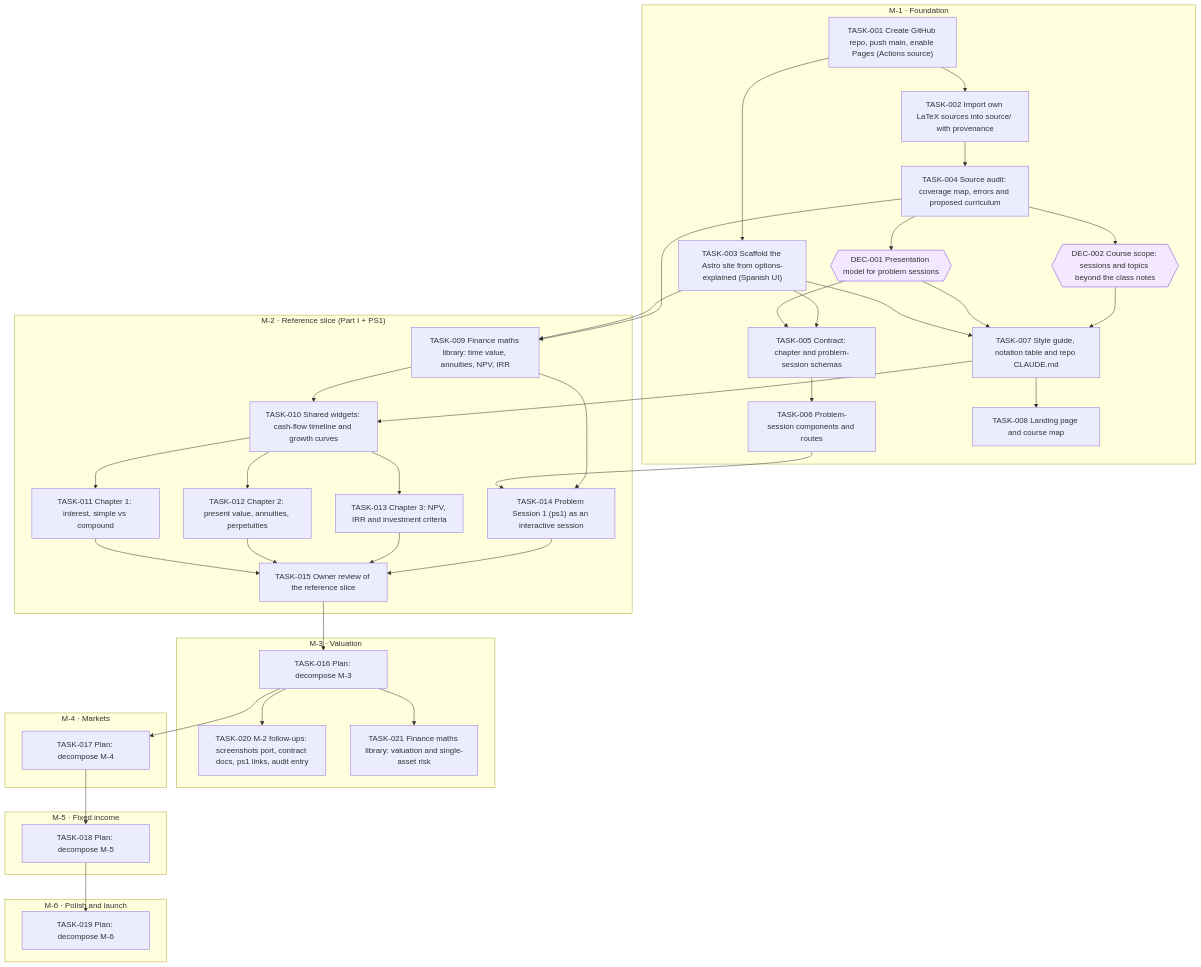
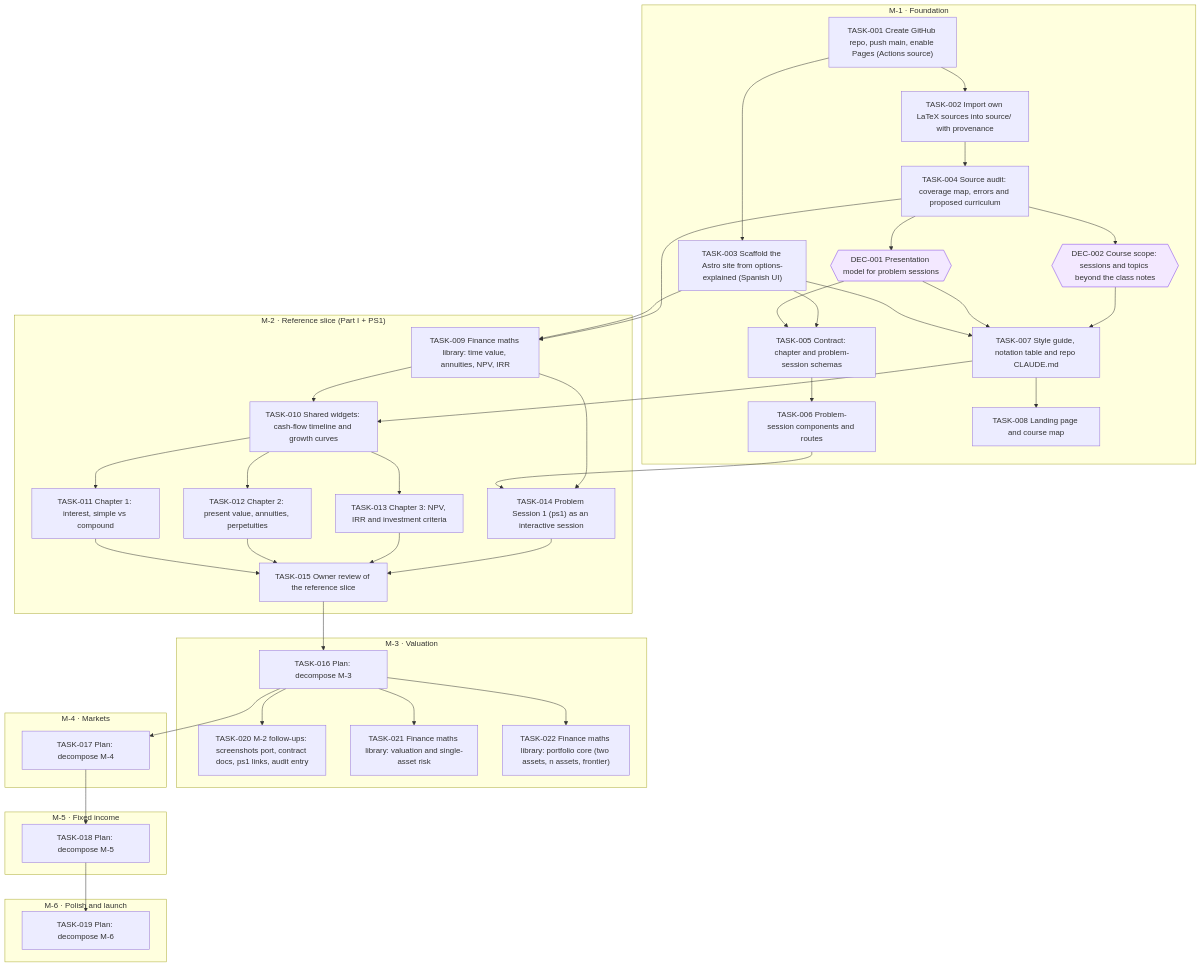
Before and after one commit to jesusvillota/economia-financiera: the diagram in goals/course-site/README.md, drawn with Mermaid. The commit also changed 1 other file, not shown here.

Commit message:
goal(course-site): add TASK-022 Finance maths library: portfolio core (two assets, n assets, frontier)

````diff
--- a/goals/course-site/README.md
+++ b/goals/course-site/README.md
@@ -35,74 +35,76 @@
 ```mermaid
 flowchart TD
   subgraph M_1["M-1 · Foundation"]
     DEC_001{{"DEC-001 Presentation model for problem sessions"}}
     DEC_002{{"DEC-002 Course scope: sessions and topics beyond the class notes"}}
     TASK_001["TASK-001 Create GitHub repo, push main, enable Pages (Actions source)"]
     TASK_002["TASK-002 Import own LaTeX sources into source/ with provenance"]
     TASK_003["TASK-003 Scaffold the Astro site from options-explained (Spanish UI)"]
     TASK_004["TASK-004 Source audit: coverage map, errors and proposed curriculum"]
     TASK_005["TASK-005 Contract: chapter and problem-session schemas"]
     TASK_006["TASK-006 Problem-session components and routes"]
     TASK_007["TASK-007 Style guide, notation table and repo CLAUDE.md"]
     TASK_008["TASK-008 Landing page and course map"]
   end
   subgraph M_2["M-2 · Reference slice (Part I + PS1)"]
     TASK_009["TASK-009 Finance maths library: time value, annuities, NPV, IRR"]
     TASK_010["TASK-010 Shared widgets: cash-flow timeline and growth curves"]
     TASK_011["TASK-011 Chapter 1: interest, simple vs compound"]
     TASK_012["TASK-012 Chapter 2: present value, annuities, perpetuities"]
     TASK_013["TASK-013 Chapter 3: NPV, IRR and investment criteria"]
     TASK_014["TASK-014 Problem Session 1 (ps1) as an interactive session"]
     TASK_015["TASK-015 Owner review of the reference slice"]
   end
   subgraph M_3["M-3 · Valuation"]
     TASK_016["TASK-016 Plan: decompose M-3"]
     TASK_020["TASK-020 M-2 follow-ups: screenshots port, contract docs, ps1 links, audit entry"]
     TASK_021["TASK-021 Finance maths library: valuation and single-asset risk"]
+    TASK_022["TASK-022 Finance maths library: portfolio core (two assets, n assets, frontier)"]
   end
   subgraph M_4["M-4 · Markets"]
     TASK_017["TASK-017 Plan: decompose M-4"]
   end
   subgraph M_5["M-5 · Fixed income"]
     TASK_018["TASK-018 Plan: decompose M-5"]
   end
   subgraph M_6["M-6 · Polish and launch"]
     TASK_019["TASK-019 Plan: decompose M-6"]
   end
   TASK_004 --> DEC_001
   TASK_004 --> DEC_002
   TASK_001 --> TASK_002
   TASK_001 --> TASK_003
   TASK_002 --> TASK_004
   DEC_001 --> TASK_005
   TASK_003 --> TASK_005
   TASK_005 --> TASK_006
   TASK_003 --> TASK_007
   DEC_001 --> TASK_007
   DEC_002 --> TASK_007
   TASK_007 --> TASK_008
   TASK_003 --> TASK_009
   TASK_004 --> TASK_009
   TASK_007 --> TASK_010
   TASK_009 --> TASK_010
   TASK_010 --> TASK_011
   TASK_010 --> TASK_012
   TASK_010 --> TASK_013
   TASK_006 --> TASK_014
   TASK_009 --> TASK_014
   TASK_011 --> TASK_015
   TASK_012 --> TASK_015
   TASK_013 --> TASK_015
   TASK_014 --> TASK_015
   TASK_015 --> TASK_016
   TASK_016 --> TASK_017
   TASK_017 --> TASK_018
   TASK_018 --> TASK_019
   TASK_016 --> TASK_020
   TASK_016 --> TASK_021
+  TASK_016 --> TASK_022
   classDef draft stroke-dasharray: 4 3
   classDef cancelled opacity:0.45
   classDef decision fill:#f3e8ff,stroke:#7c3aed
   class DEC_001 decision
   class DEC_002 decision
 ```
````
